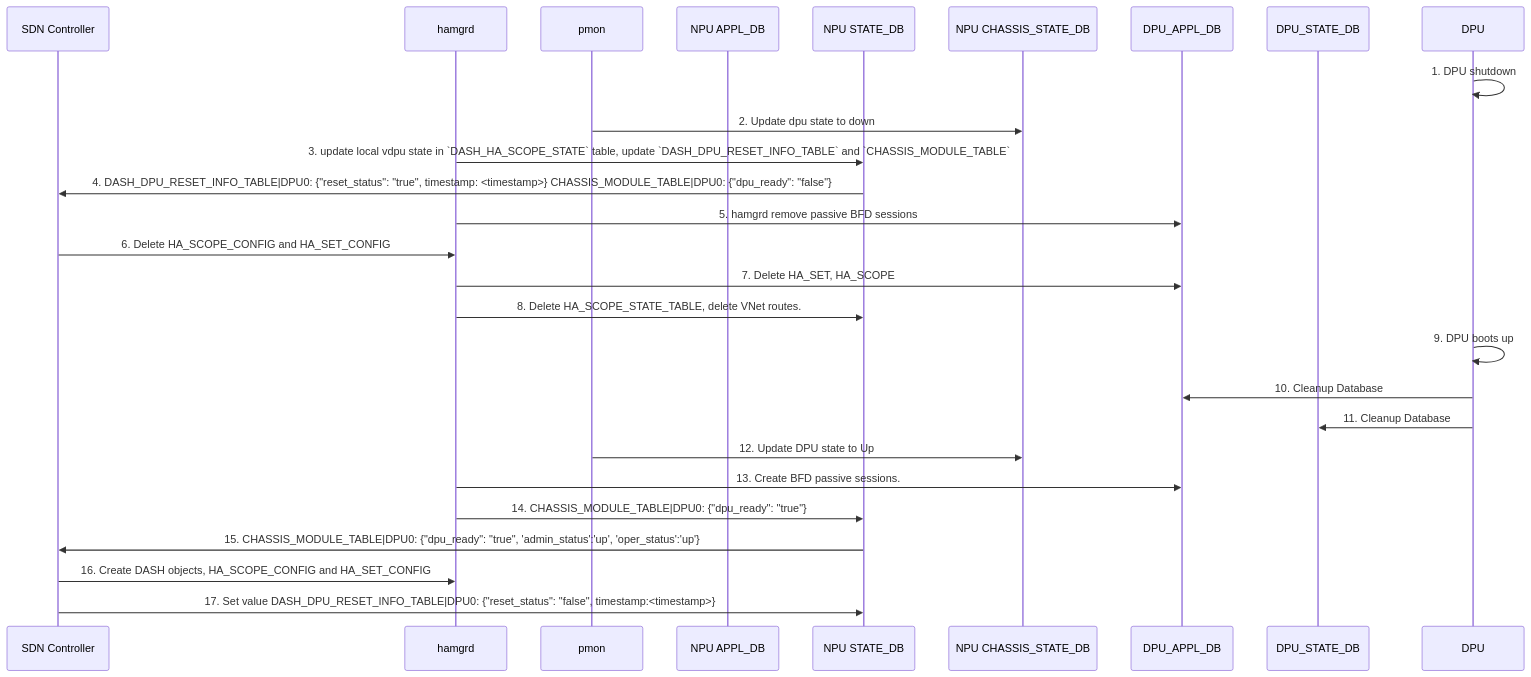
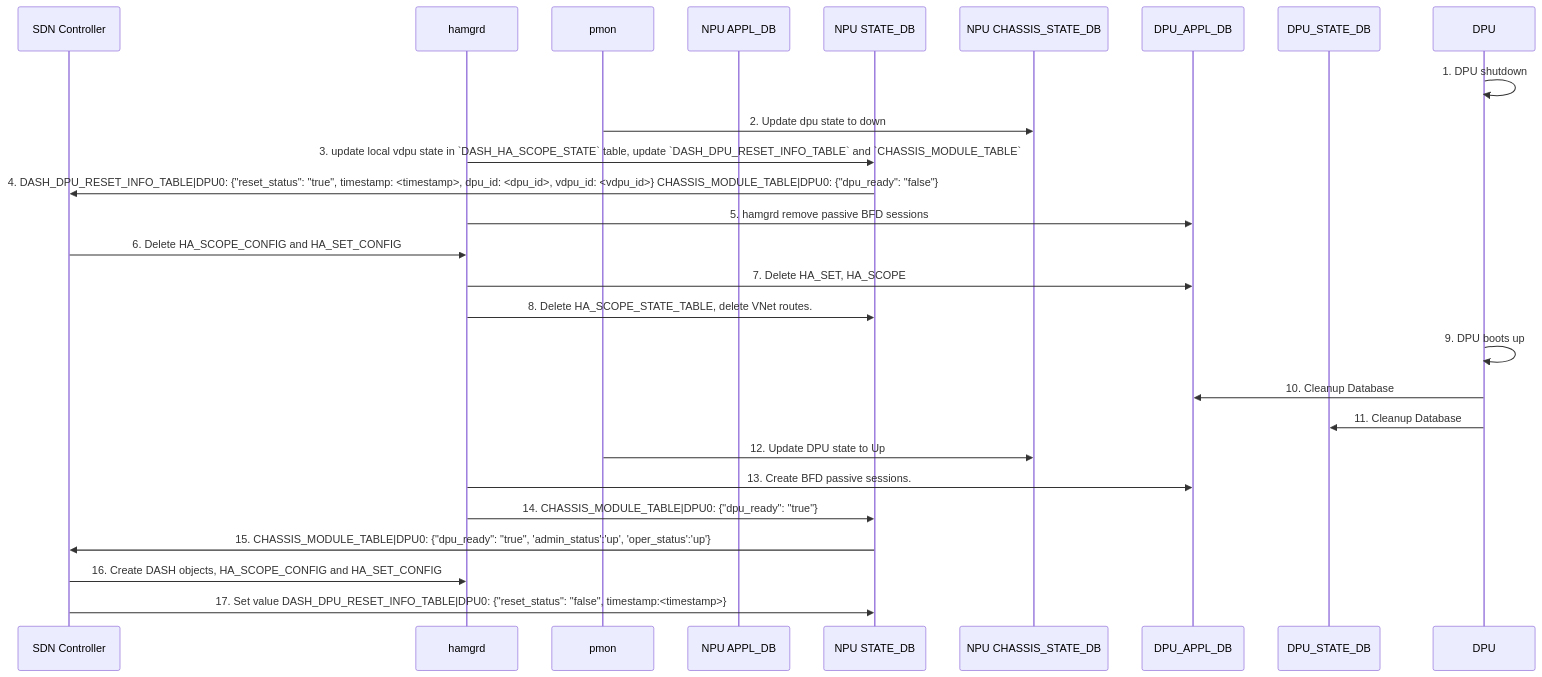
One commit to sonic-net/SONiC changed the diagram in doc/smart-switch/high-availability/dpu_reboot.md. Above: the diagram before and after it, drawn with Mermaid. The commit also changed other lines of this file, not shown here.

Commit message:
udpate fields

````diff
--- a/doc/smart-switch/high-availability/dpu_reboot.md
+++ b/doc/smart-switch/high-availability/dpu_reboot.md
@@ -36,33 +36,33 @@
 ```mermaid
 sequenceDiagram
     participant SDN Controller
     participant hamgrd
     participant pmon
     participant NPU APPL_DB
     participant NPU STATE_DB
     participant NPU CHASSIS_STATE_DB
     participant DPU_APPL_DB
     participant DPU_STATE_DB
     participant DPU
 
     DPU->>DPU: 1. DPU shutdown
     pmon->>NPU CHASSIS_STATE_DB: 2. Update dpu state to down
     hamgrd->>NPU STATE_DB: 3. update local vdpu state in `DASH_HA_SCOPE_STATE` table, update `DASH_DPU_RESET_INFO_TABLE` and `CHASSIS_MODULE_TABLE`
-    NPU STATE_DB->>SDN Controller: 4. DASH_DPU_RESET_INFO_TABLE|DPU0: {"reset_status": "true", timestamp: <timestamp>} CHASSIS_MODULE_TABLE|DPU0: {"dpu_ready": "false"}
+    NPU STATE_DB->>SDN Controller: 4. DASH_DPU_RESET_INFO_TABLE|DPU0: {"reset_status": "true", timestamp: <timestamp>, dpu_id: <dpu_id>, vdpu_id: <vdpu_id>} CHASSIS_MODULE_TABLE|DPU0: {"dpu_ready": "false"}
     hamgrd->>DPU_APPL_DB: 5. hamgrd remove passive BFD sessions
     SDN Controller->>hamgrd: 6. Delete HA_SCOPE_CONFIG and HA_SET_CONFIG
     hamgrd->>DPU_APPL_DB: 7. Delete HA_SET, HA_SCOPE
     hamgrd->>NPU STATE_DB: 8. Delete HA_SCOPE_STATE_TABLE, delete VNet routes.
     DPU->>DPU: 9. DPU boots up 
     DPU->>DPU_APPL_DB: 10. Cleanup Database
     DPU->>DPU_STATE_DB: 11. Cleanup Database
     pmon->>NPU CHASSIS_STATE_DB: 12. Update DPU state to Up
     hamgrd->>DPU_APPL_DB: 13. Create BFD passive sessions. 
     hamgrd->>NPU STATE_DB: 14. CHASSIS_MODULE_TABLE|DPU0: {"dpu_ready": "true"}
 
     NPU STATE_DB->>SDN Controller: 15. CHASSIS_MODULE_TABLE|DPU0: {"dpu_ready": "true", 'admin_status':'up', 'oper_status':'up'} 
 
 
     SDN Controller->>hamgrd: 16. Create DASH objects, HA_SCOPE_CONFIG and HA_SET_CONFIG 
     SDN Controller->>NPU STATE_DB: 17. Set value DASH_DPU_RESET_INFO_TABLE|DPU0: {"reset_status": "false", timestamp:<timestamp>}
 ```
````
